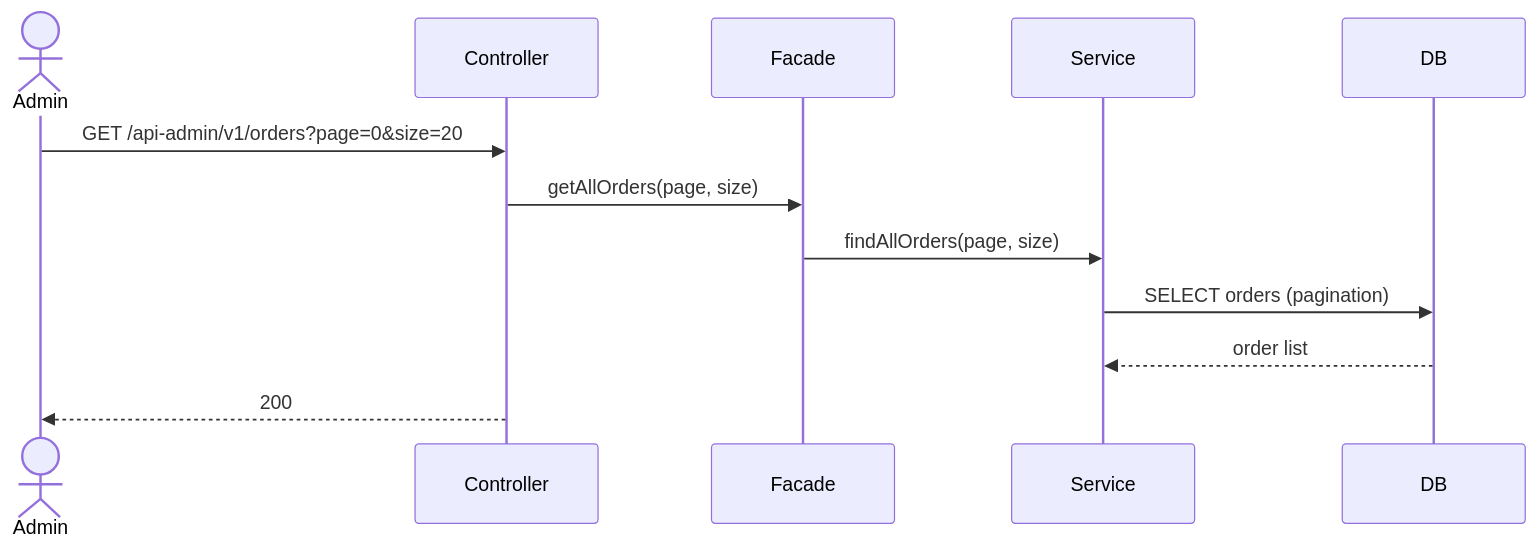
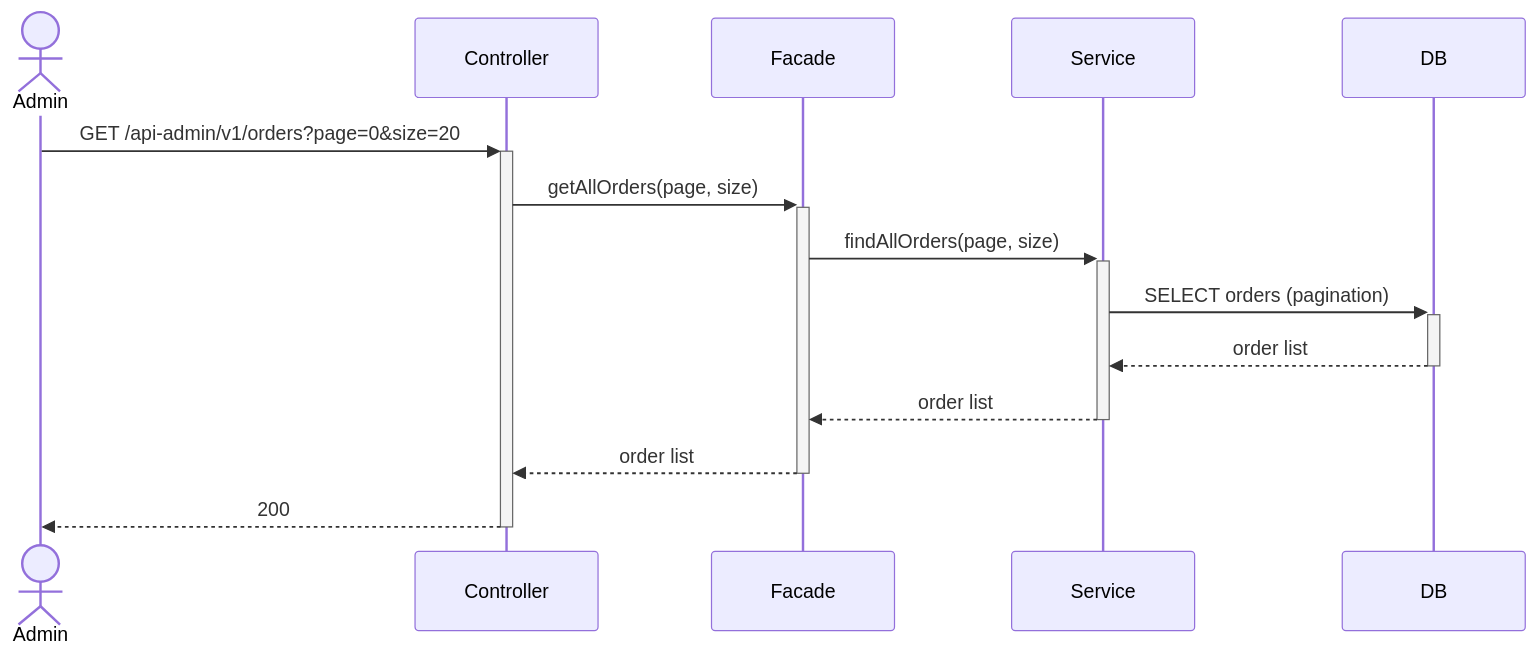
Before and after one commit to loopers-labs/loop-pack-be-l2-vol4-java: diagram 20 of 21 in .docs/design/02-sequence-diagrams.md, drawn with Mermaid. The commit also changed other lines of this file, not shown here.

Commit message:
docs: 시퀀스 다이어그램 수정

````diff
--- a/.docs/design/02-sequence-diagrams.md
+++ b/.docs/design/02-sequence-diagrams.md
@@ -533,15 +605,17 @@
 ```mermaid
 sequenceDiagram
     actor Admin
     participant Controller
     participant Facade
     participant Service
     participant DB
 
-    Admin->>Controller: GET /api-admin/v1/orders?page=0&size=20
-    Controller->>Facade: getAllOrders(page, size)
-    Facade->>Service: findAllOrders(page, size)
-    Service->>DB: SELECT orders (pagination)
-    DB-->>Service: order list
-    Controller-->>Admin: 200
+    Admin->>+Controller: GET /api-admin/v1/orders?page=0&size=20
+    Controller->>+Facade: getAllOrders(page, size)
+    Facade->>+Service: findAllOrders(page, size)
+    Service->>+DB: SELECT orders (pagination)
+    DB-->>-Service: order list
+    Service-->>-Facade: order list
+    Facade-->>-Controller: order list
+    Controller-->>-Admin: 200
 ```
````
